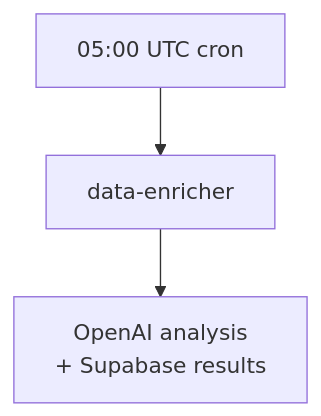
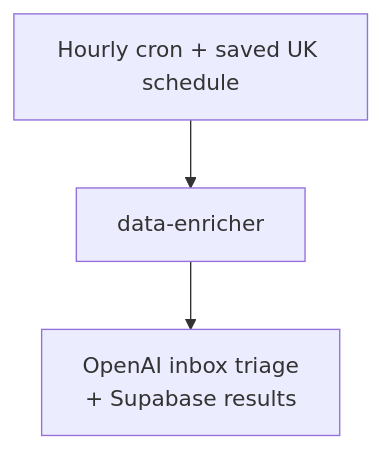
Before and after one commit to allistera/Cookie-Docs: the sixth of 7 diagrams in docs/01-architecture.mdx, drawn with Mermaid. The commit also changed other lines of this file and 4 other files, not shown here.

Commit message:
docs: describe triage-only data enricher architecture

````diff
--- a/docs/01-architecture.mdx
+++ b/docs/01-architecture.mdx
@@ -184,5 +184,5 @@
 ```mermaid
 flowchart TB
-    Inputs["05:00 UTC cron"] --> Enricher["data-enricher"]
-    Enricher --> Outputs["OpenAI analysis<br/>+ Supabase results"]
+    Inputs["Hourly cron + saved UK schedule"] --> Enricher["data-enricher"]
+    Enricher --> Outputs["OpenAI inbox triage<br/>+ Supabase results"]
 ```
````
